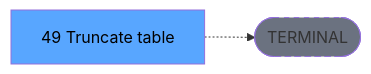
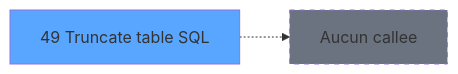
The third of 3 diagrams in .openspec/specs/ADH-IDE-49.md (thonyAGP/magic-migration), drawn with Mermaid before and after one commit. The commit also changed other lines of this file and 311 other files, not shown here.

````diff
--- a/.openspec/specs/ADH-IDE-49.md
+++ b/.openspec/specs/ADH-IDE-49.md
@@ -138,8 +124,8 @@
 ```mermaid
 graph LR
-    T[49 Truncate table ]
-    TERM([TERMINAL])
-    T -.-> TERM
-    style TERM fill:#6b7280,stroke-dasharray: 5 5
-    style T fill:#58a6ff,color:#000
+    T49[49 Truncate table SQL]
+    style T49 fill:#58a6ff
+    NONE[Aucun callee]
+    T49 -.-> NONE
+    style NONE fill:#6b7280,stroke-dasharray: 5 5
 ```
````
